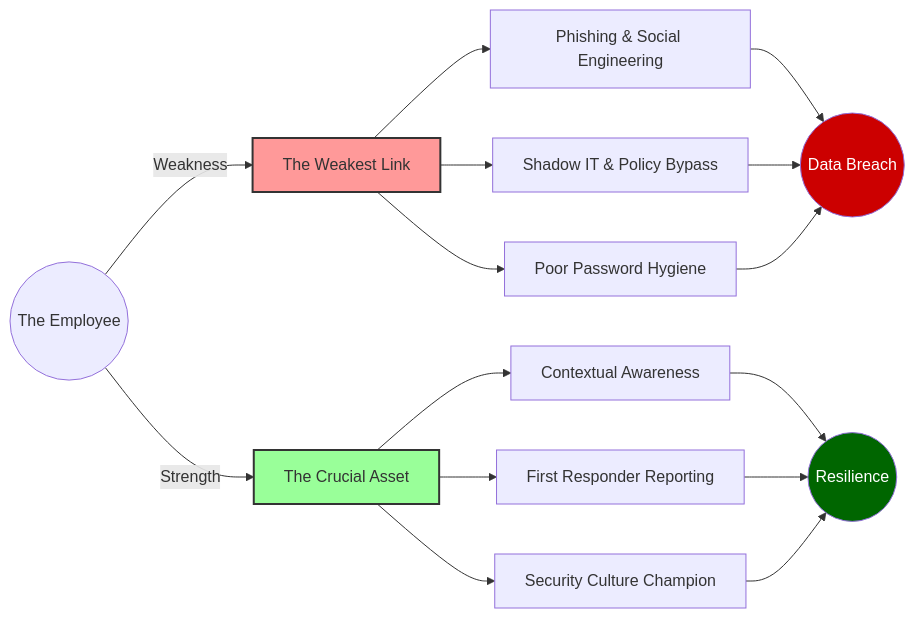
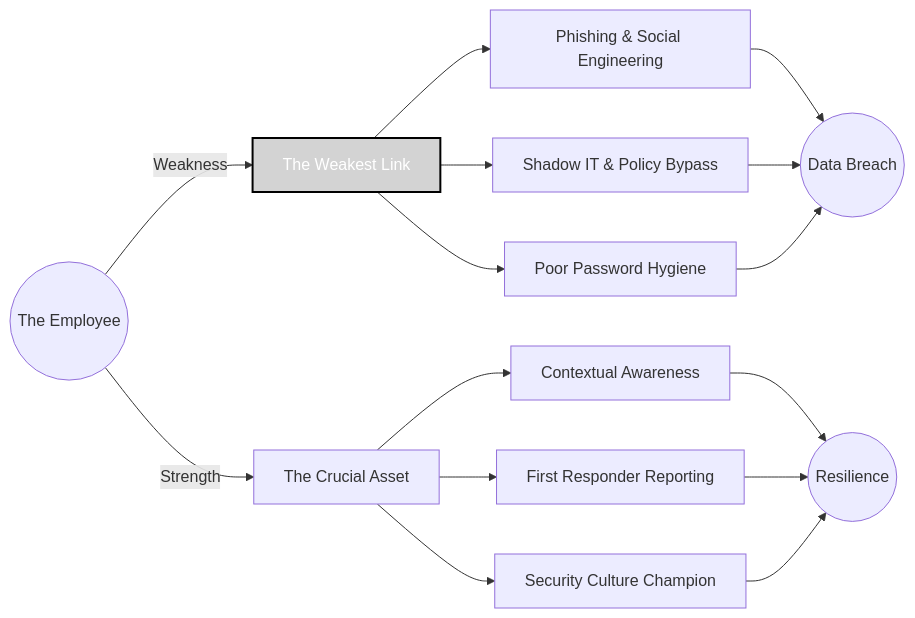
Before and after one commit to lorenzoleonelli/CISSP-Zero-to-Hero: the diagram in DOMAIN1 - Security and Risk Management/1.8 Contribute to and enforce personnel security policies and procedures.md, drawn with Mermaid. The commit also changed other lines of this file, not shown here.

Commit message:
LL 2026-3-10:7:10:23

````diff
--- a/DOMAIN1 - Security and Risk Management/1.8 Contribute to and enforce personnel security policies and procedures.md
+++ b/DOMAIN1 - Security and Risk Management/1.8 Contribute to and enforce personnel security policies and procedures.md
@@ -10,24 +9,21 @@
 ```mermaid
 graph LR
     User((The Employee))
     
     %% The Weakest Link Side
     User -->|Weakness| WL[The Weakest Link]
     WL --> S1[Phishing & Social Engineering]
     WL --> S2[Shadow IT & Policy Bypass]
     WL --> S3[Poor Password Hygiene]
     S1 & S2 & S3 --> Threat((Data Breach))
 
     %% The Crucial Asset Side
     User -->|Strength| AS[The Crucial Asset]
     AS --> R1[Contextual Awareness]
     AS --> R2[First Responder Reporting]
     AS --> R3[Security Culture Champion]
     R1 & R2 & R3 --> Defense((Resilience))
 
-    style WL fill:#ff9999,stroke:#333,stroke-width:2px
-    style AS fill:#99ff99,stroke:#333,stroke-width:2px
-    style Threat fill:#cc0000,color:#fff
-    style Defense fill:#006600,color:#fff
+    style WL fill:#d3d3d3,stroke:#333,stroke-width:2px,color:#000 style AS fill:#f0f0f0,stroke:#333,stroke-width:2px,color:#000 style Threat fill:#333,color:#fff,stroke-width:2px style Defense fill:#666,color:#fff,stroke-width:2px style User fill:#fff,stroke:#000,stroke-width:2px
 
 ```
````
